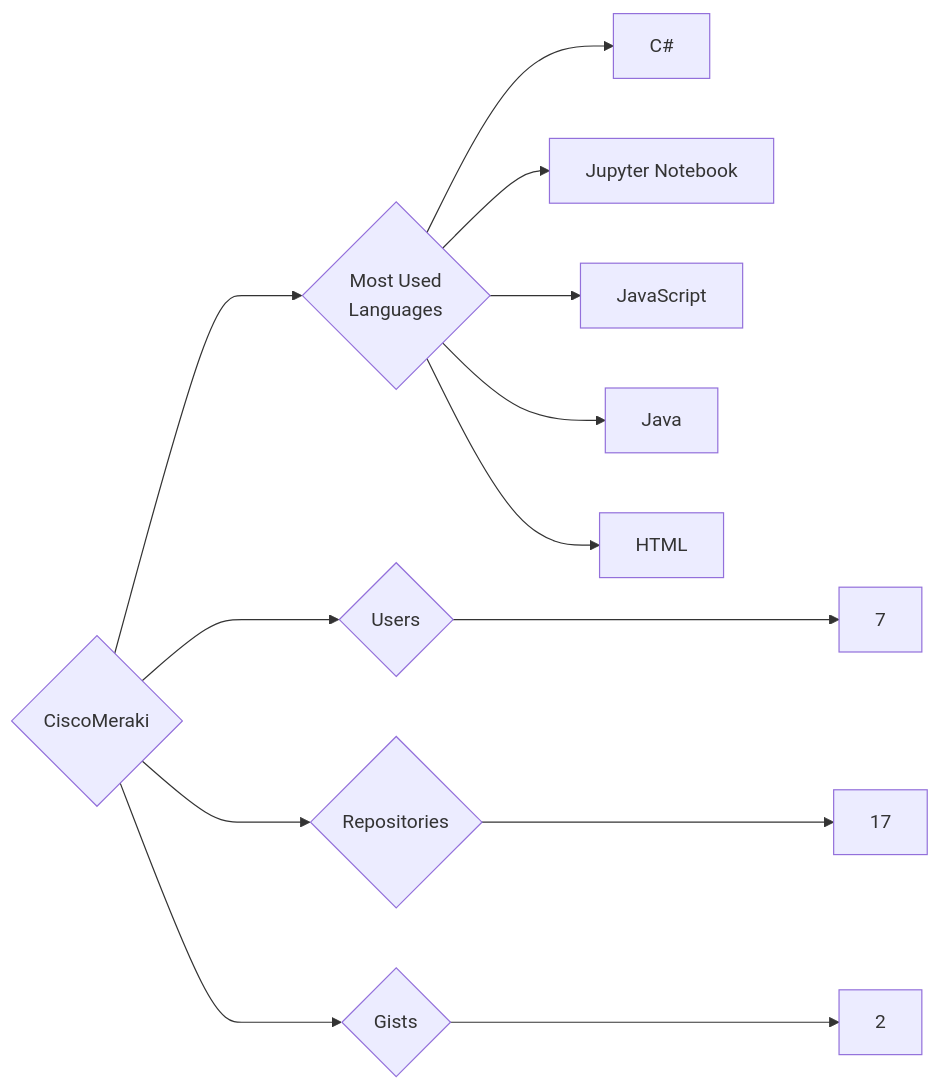
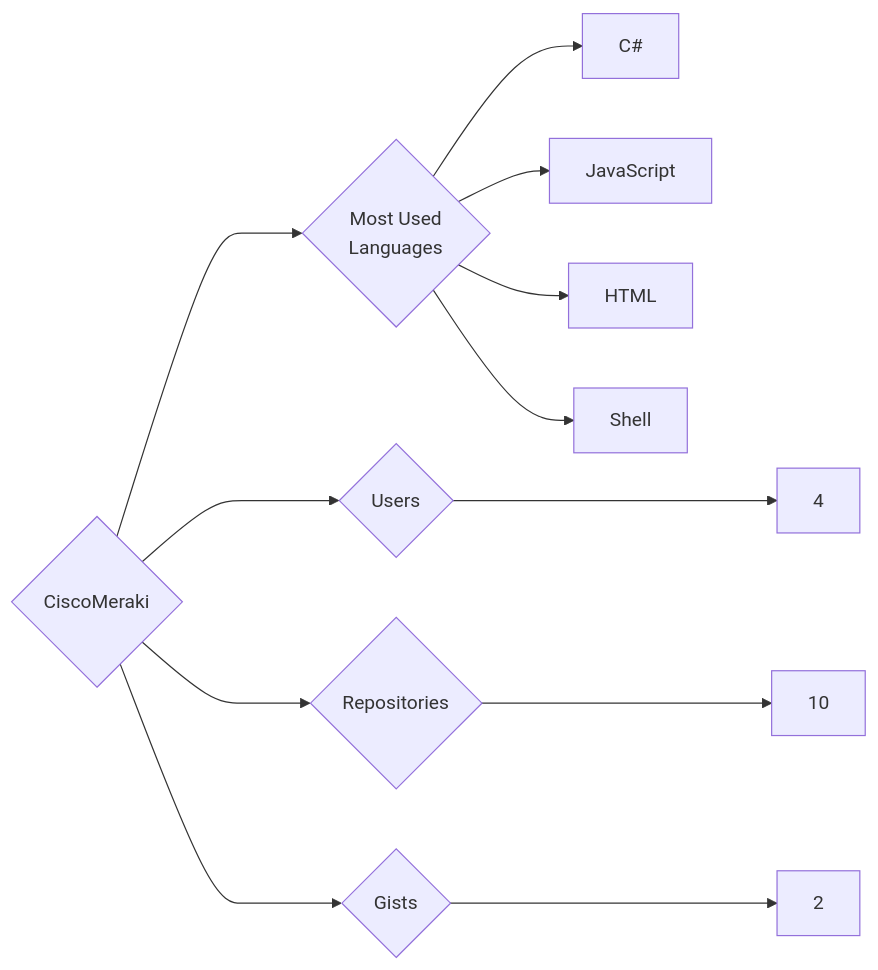
The diagram in targets/CiscoMeraki/README.md (trickest/insiders), drawn with Mermaid before and after one commit. The commit also changed 934 other files, not shown here.

````diff
--- a/targets/CiscoMeraki/README.md
+++ b/targets/CiscoMeraki/README.md
@@ -3,13 +3,12 @@
 ```mermaid
 graph LR
 COMPANY_NAME{CiscoMeraki}
-COMPANY_NAME ---> U{Users} ---> UN[7]
-COMPANY_NAME ---> R{Repositories} ---> RN[17]
+COMPANY_NAME ---> U{Users} ---> UN[4]
+COMPANY_NAME ---> R{Repositories} ---> RN[10]
 COMPANY_NAME ---> G{Gists} ---> GN[2]
 COMPANY_NAME ---> ML{Most Used<br>Languages}
 ML --> C#[C#]
-ML --> Jupyter_Notebook[Jupyter Notebook]
 ML --> JavaScript[JavaScript]
-ML --> Java[Java]
 ML --> HTML[HTML]
+ML --> Shell[Shell]
 ```
````
